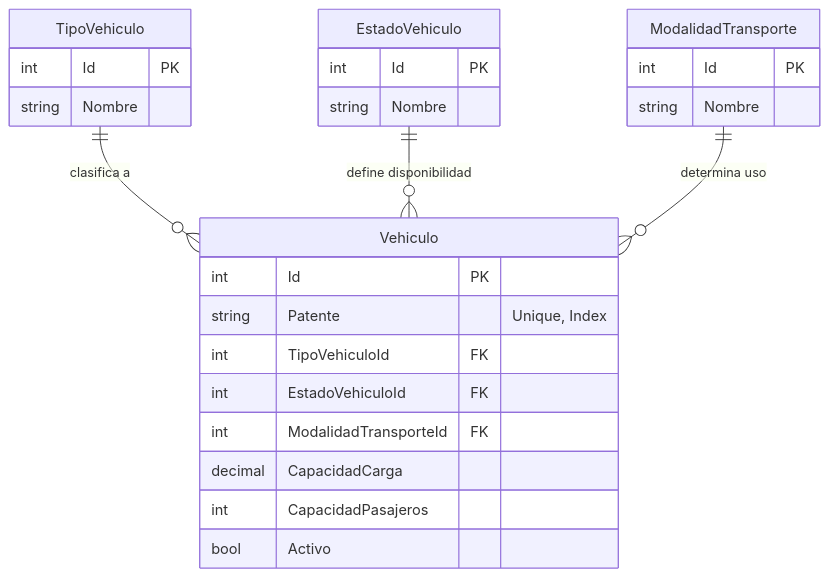
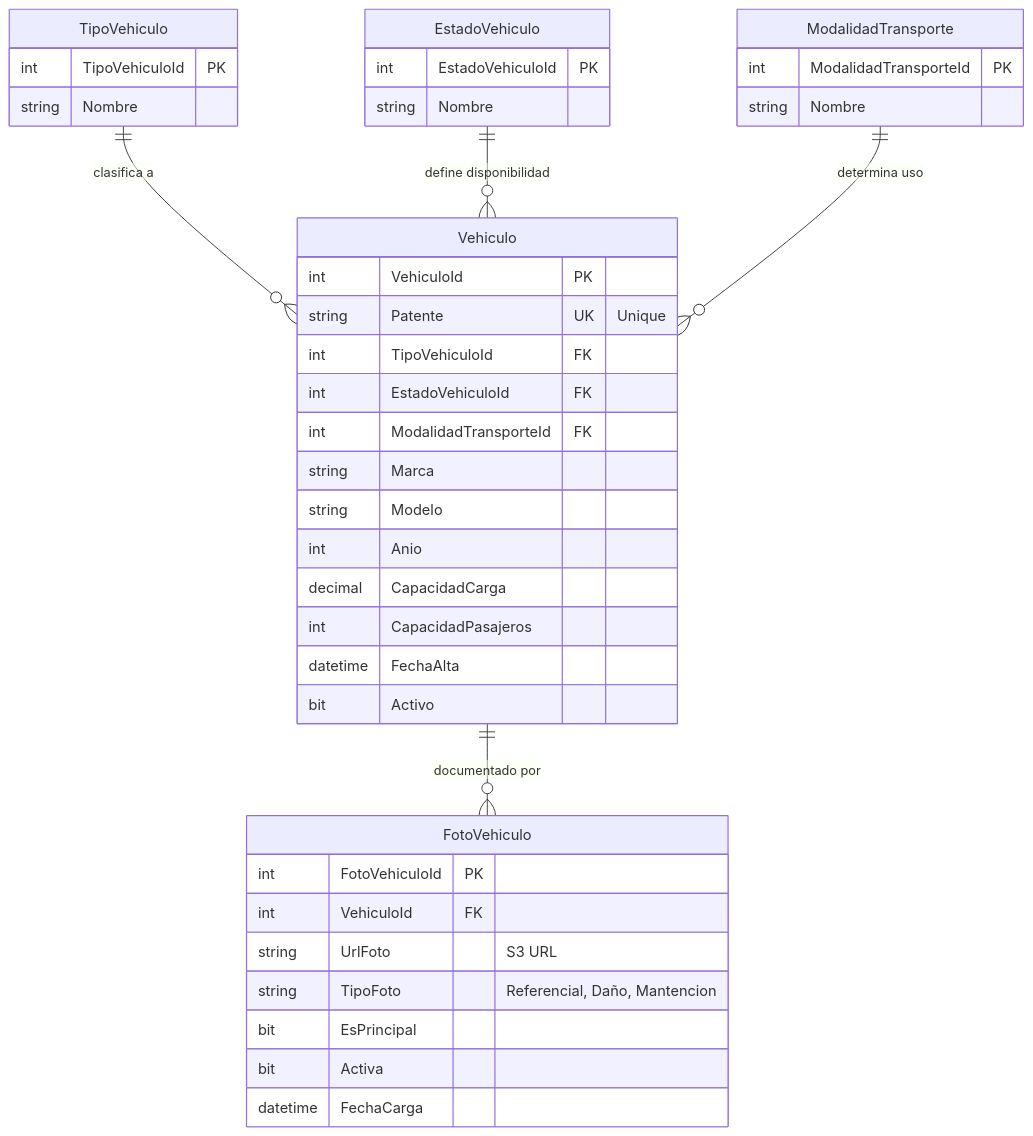
The first of 2 diagrams in README.md (marceloemmott-dev/transporte-flota-database), drawn with Mermaid before and after one commit. The commit also changed other lines of this file and 1 other file, not shown here.

Commit message:
docs: add table of contents, embed diagrams in README, update roadmap

````diff
--- a/README.md
+++ b/README.md
@@ -50,32 +75,49 @@
 ```mermaid
 erDiagram
     %% Schema: catalogs
     TipoVehiculo {
-        int Id PK
+        int TipoVehiculoId PK
         string Nombre
     }
     EstadoVehiculo {
-        int Id PK
+        int EstadoVehiculoId PK
         string Nombre
     }
     ModalidadTransporte {
-        int Id PK
+        int ModalidadTransporteId PK
         string Nombre
     }
 
     %% Schema: core
     Vehiculo {
-        int Id PK
-        string Patente "Unique, Index"
+        int VehiculoId PK
+        string Patente UK "Unique"
         int TipoVehiculoId FK
         int EstadoVehiculoId FK
         int ModalidadTransporteId FK
+        string Marca
+        string Modelo
+        int Anio
         decimal CapacidadCarga
         int CapacidadPasajeros
-        bool Activo
+        datetime FechaAlta
+        bit Activo
     }
 
+    %% Schema: media
+    FotoVehiculo {
+        int FotoVehiculoId PK
+        int VehiculoId FK
+        string UrlFoto "S3 URL"
+        string TipoFoto "Referencial, Daño, Mantencion"
+        bit EsPrincipal
+        bit Activa
+        datetime FechaCarga
+    }
+
+    %% Relaciones
     TipoVehiculo ||--o{ Vehiculo : "clasifica a"
     EstadoVehiculo ||--o{ Vehiculo : "define disponibilidad"
     ModalidadTransporte ||--o{ Vehiculo : "determina uso"
+    Vehiculo ||--o{ FotoVehiculo : "documentado por"
 ```
````
